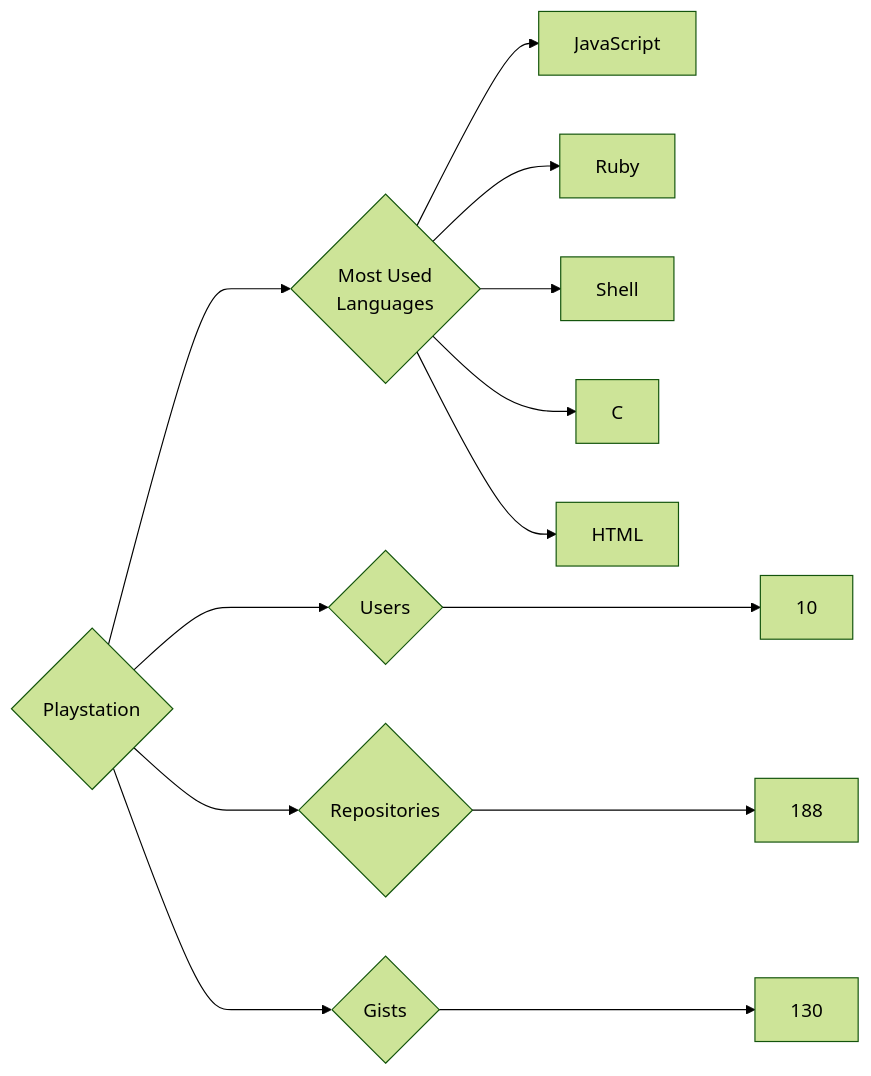
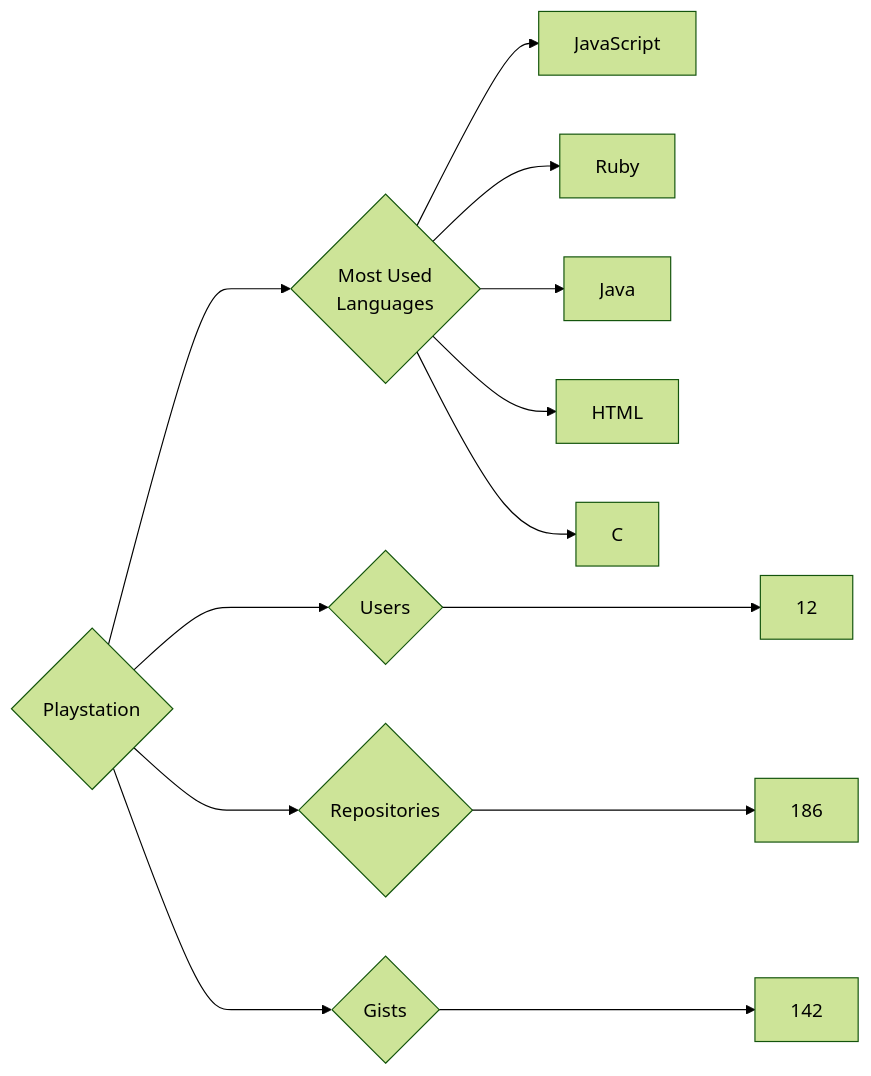
Before and after one commit to trickest/insiders: the diagram in targets/Playstation/README.md, drawn with Mermaid (forest theme). The commit also changed 1496 other files, not shown here.

````diff
--- a/targets/Playstation/README.md
+++ b/targets/Playstation/README.md
@@ -3,13 +3,13 @@
 ```mermaid
 graph LR
 COMPANY_NAME{Playstation}
-COMPANY_NAME ---> U{Users} ---> UN[10]
-COMPANY_NAME ---> R{Repositories} ---> RN[188]
-COMPANY_NAME ---> G{Gists} ---> GN[130]
+COMPANY_NAME ---> U{Users} ---> UN[12]
+COMPANY_NAME ---> R{Repositories} ---> RN[186]
+COMPANY_NAME ---> G{Gists} ---> GN[142]
 COMPANY_NAME ---> ML{Most Used<br>Languages}
 ML --> JavaScript[JavaScript]
 ML --> Ruby[Ruby]
-ML --> Shell[Shell]
+ML --> Java[Java]
+ML --> HTML[HTML]
 ML --> C[C]
-ML --> HTML[HTML]
 ```
````
